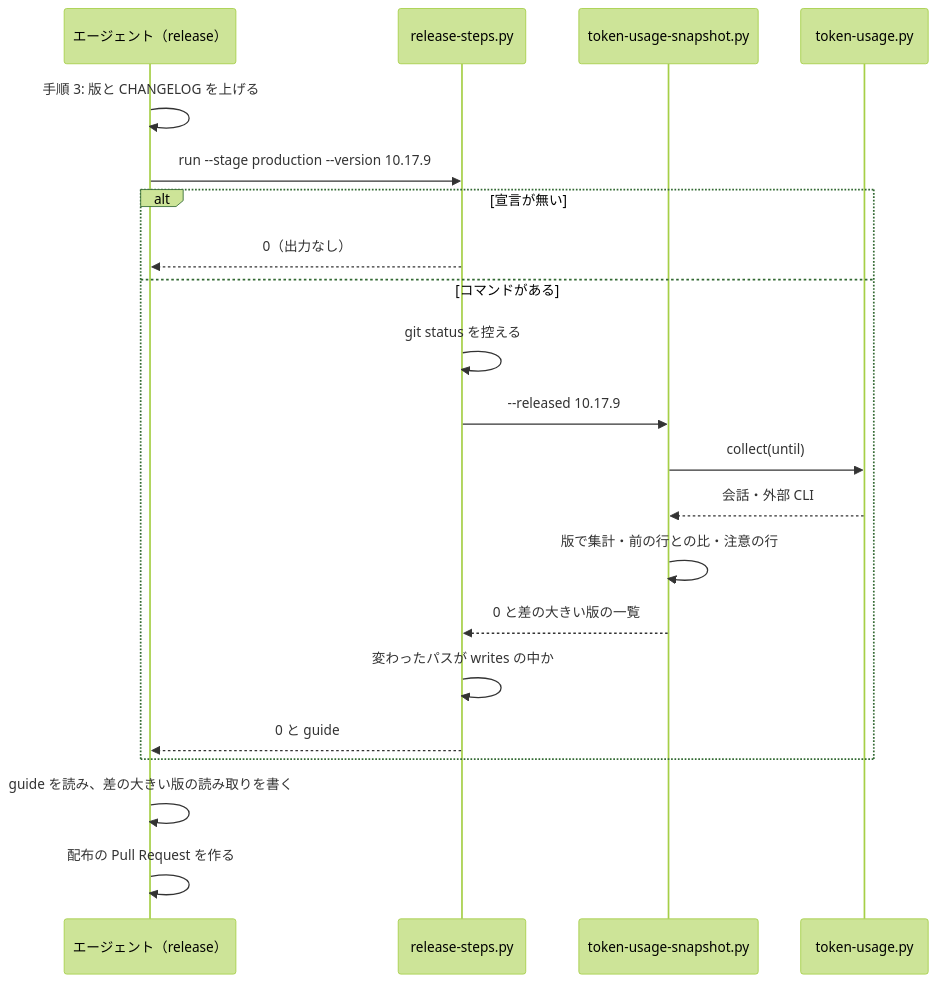
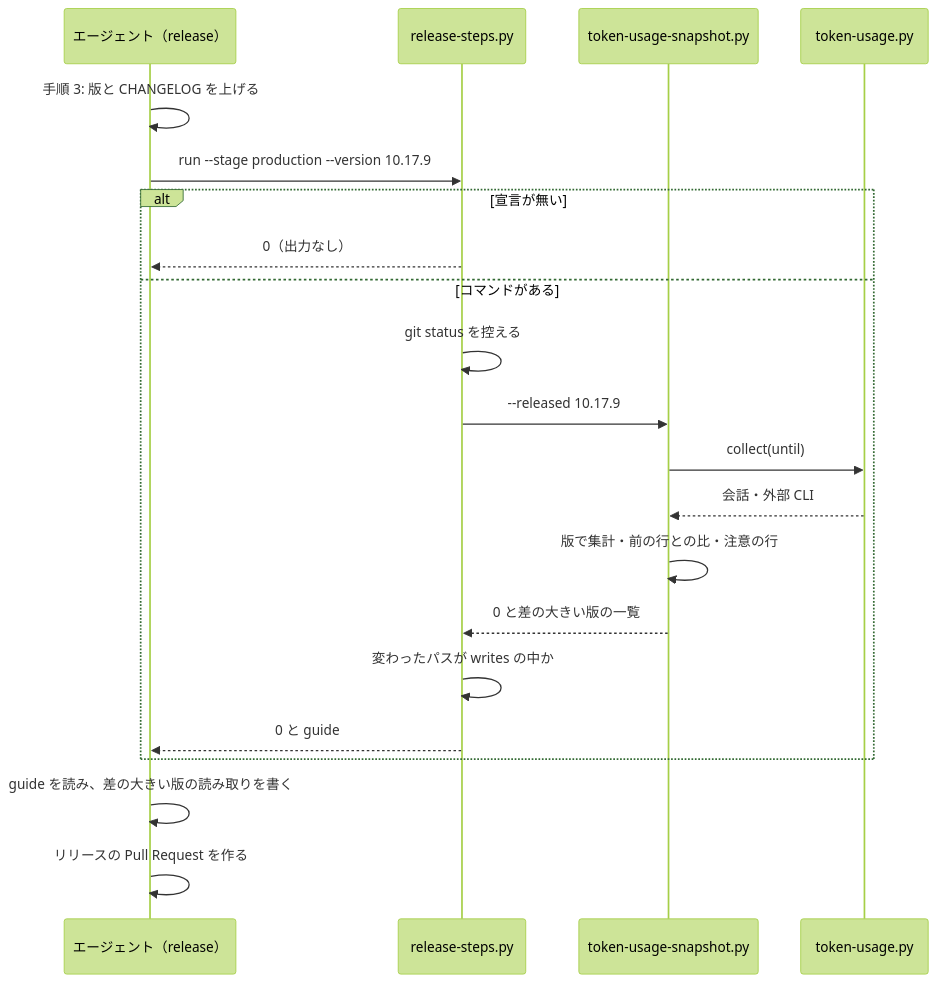
The second of 2 diagrams in docs/specifications/ndf-release-steps-and-token-usage-snapshot.md (devbasex/ai-plugins), drawn with Mermaid (forest theme) before and after one commit. The commit also changed other lines of this file and 2 other files, not shown here.

````diff
--- a/docs/specifications/ndf-release-steps-and-token-usage-snapshot.md
+++ b/docs/specifications/ndf-release-steps-and-token-usage-snapshot.md
@@ -286,23 +286,23 @@
 ```mermaid
 sequenceDiagram
     participant AG as エージェント（release）
     participant RS as release-steps.py
     participant SN as token-usage-snapshot.py
     participant TU as token-usage.py
     AG->>AG: 手順 3: 版と CHANGELOG を上げる
     AG->>RS: run --stage production --version 10.17.9
     alt 宣言が無い
         RS-->>AG: 0（出力なし）
     else コマンドがある
         RS->>RS: git status を控える
         RS->>SN: --released 10.17.9
         SN->>TU: collect(until)
         TU-->>SN: 会話・外部 CLI
         SN->>SN: 版で集計・前の行との比・注意の行
         SN-->>RS: 0 と差の大きい版の一覧
         RS->>RS: 変わったパスが writes の中か
         RS-->>AG: 0 と guide
     end
     AG->>AG: guide を読み、差の大きい版の読み取りを書く
-    AG->>AG: 配布の Pull Request を作る
+    AG->>AG: リリースの Pull Request を作る
 ```
````
